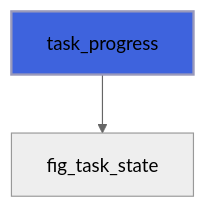
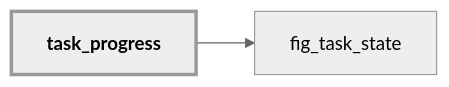
The fifth of 12 diagrams in docs/api/src/lib/figure_task.md (szaghi/figure), drawn with Mermaid (neutral theme) before and after one commit. The commit also changed other lines of this file and 54 other files, not shown here.

````diff
--- a/docs/api/src/lib/figure_task.md
+++ b/docs/api/src/lib/figure_task.md
@@ -227,5 +239,7 @@
 ```mermaid
-flowchart TD
+flowchart LR
   task_progress["task_progress"] --> fig_task_state["fig_task_state"]
-  style task_progress fill:#3e63dd,stroke:#99b,stroke-width:2px
+  classDef focus stroke-width:3px,font-weight:bold
+  class task_progress focus
+  click fig_task_state href "figure_c_native.html#fig-task-state" "fig_task_state"
 ```
````
